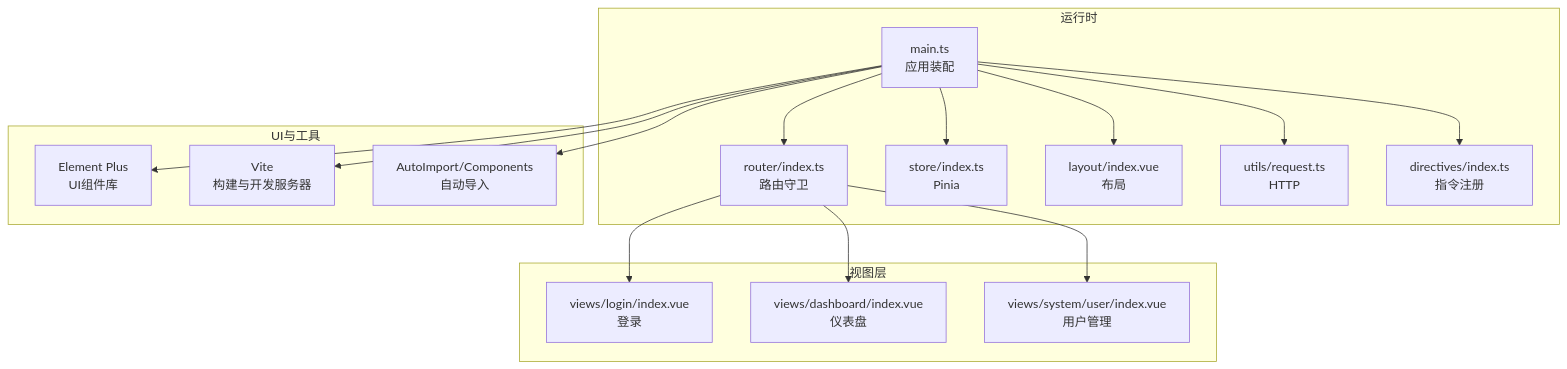
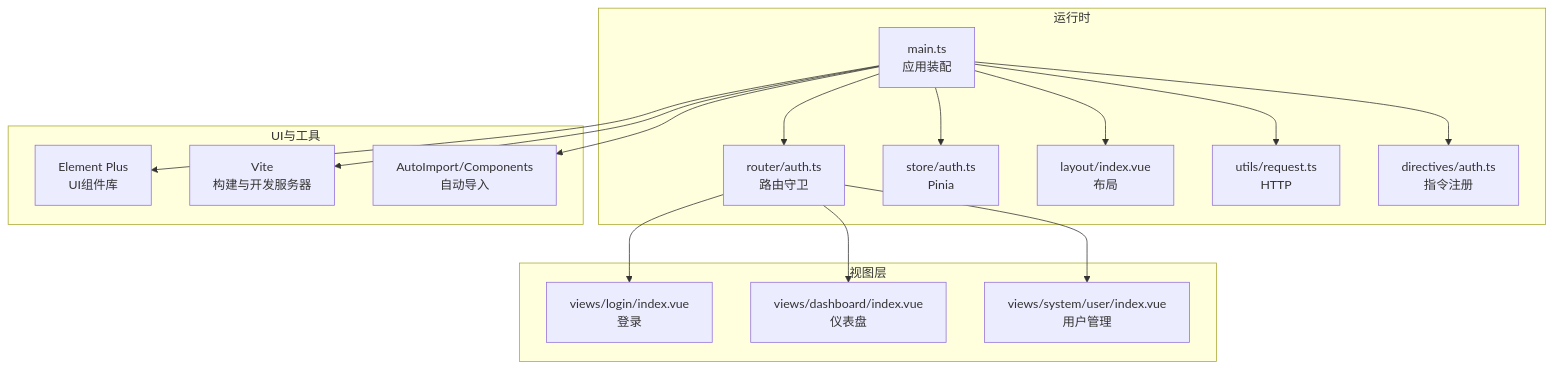
One commit to qiseyun/vue-ts-admin changed the second of 9 diagrams in .qoder/repowiki/zh/content/项目概述.md. Above: the diagram before and after it, drawn with Mermaid. The commit also changed other lines of this file and 42 other files, not shown here.

````diff
--- a/.qoder/repowiki/zh/content/项目概述.md
+++ b/.qoder/repowiki/zh/content/项目概述.md
@@ -115,26 +115,26 @@
 ```mermaid
 graph TB
 subgraph "运行时"
-M["main.ts<br/>应用装配"] --> R["router/index.ts<br/>路由守卫"]
-M --> S["store/index.ts<br/>Pinia"]
+M["main.ts<br/>应用装配"] --> R["router/auth.ts<br/>路由守卫"]
+M --> S["store/auth.ts<br/>Pinia"]
 M --> L["layout/index.vue<br/>布局"]
 M --> U["utils/request.ts<br/>HTTP"]
-M --> D["directives/index.ts<br/>指令注册"]
+M --> D["directives/auth.ts<br/>指令注册"]
 end
 subgraph "视图层"
 V1["views/login/index.vue<br/>登录"]
 V2["views/dashboard/index.vue<br/>仪表盘"]
 V3["views/system/user/index.vue<br/>用户管理"]
 end
 R --> V1
 R --> V2
 R --> V3
 subgraph "UI与工具"
 EP["Element Plus<br/>UI组件库"]
 VITE["Vite<br/>构建与开发服务器"]
 AUTO["AutoImport/Components<br/>自动导入"]
 end
 M --> EP
 M --> VITE
 M --> AUTO
 ```
````
